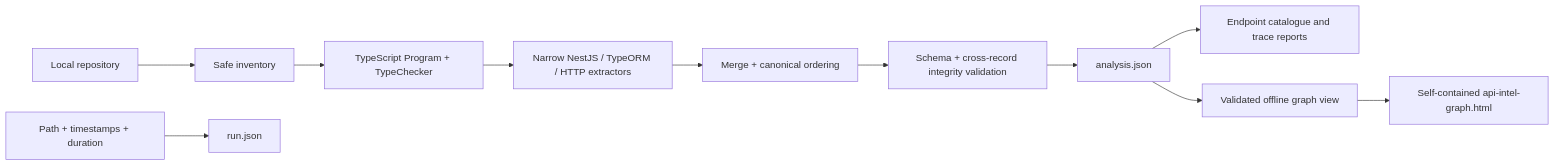
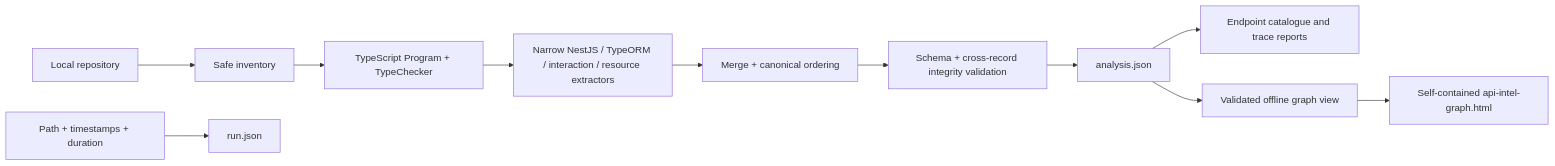
One commit to fakrulauzaie/nestjs-api-intelligence-engine changed the diagram in README.md. Above: the diagram before and after it, drawn with Mermaid. The commit also changed other lines of this file and 107 other files, not shown here.

````diff
--- a/README.md
+++ b/README.md
@@ -297,13 +312,13 @@
 ```mermaid
 flowchart LR
   A["Local repository"] --> B["Safe inventory"]
   B --> C["TypeScript Program + TypeChecker"]
-  C --> D["Narrow NestJS / TypeORM / HTTP extractors"]
+  C --> D["Narrow NestJS / TypeORM / interaction / resource extractors"]
   D --> E["Merge + canonical ordering"]
   E --> F["Schema + cross-record integrity validation"]
   F --> G["analysis.json"]
   G --> H["Endpoint catalogue and trace reports"]
   G --> K["Validated offline graph view"]
   K --> L["Self-contained api-intel-graph.html"]
   I["Path + timestamps + duration"] --> J["run.json"]
 ```
````
